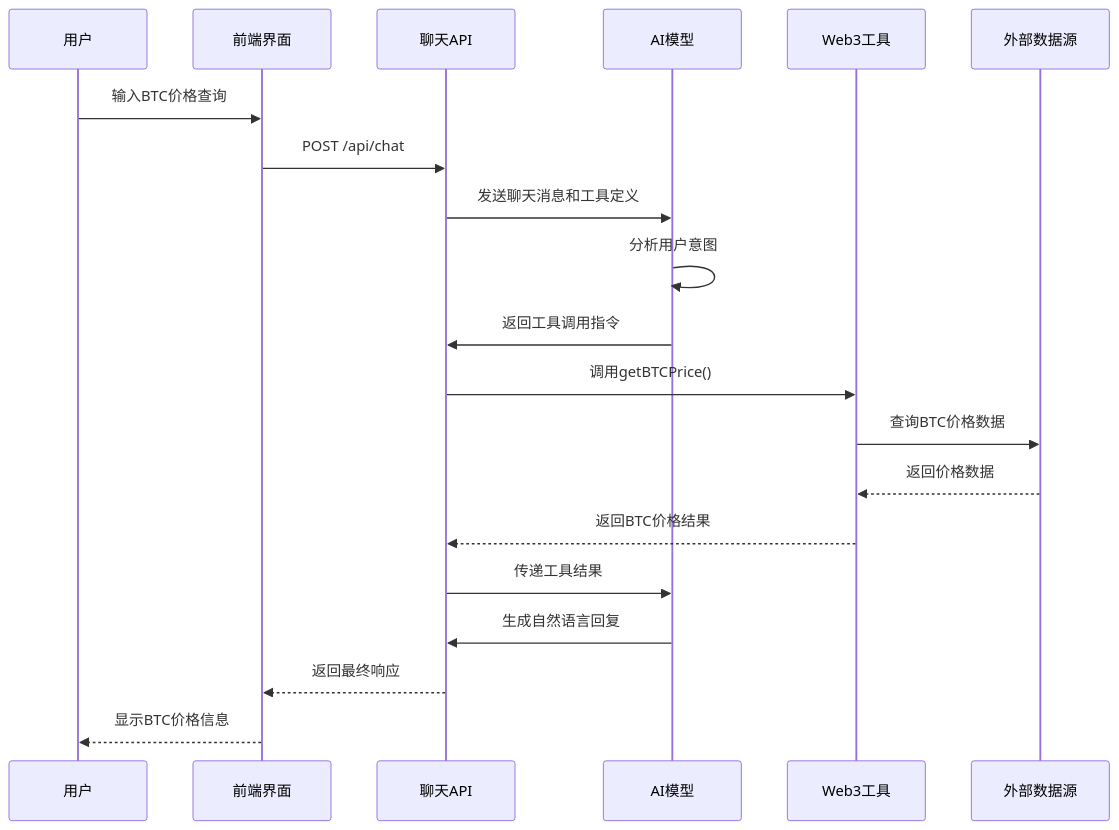
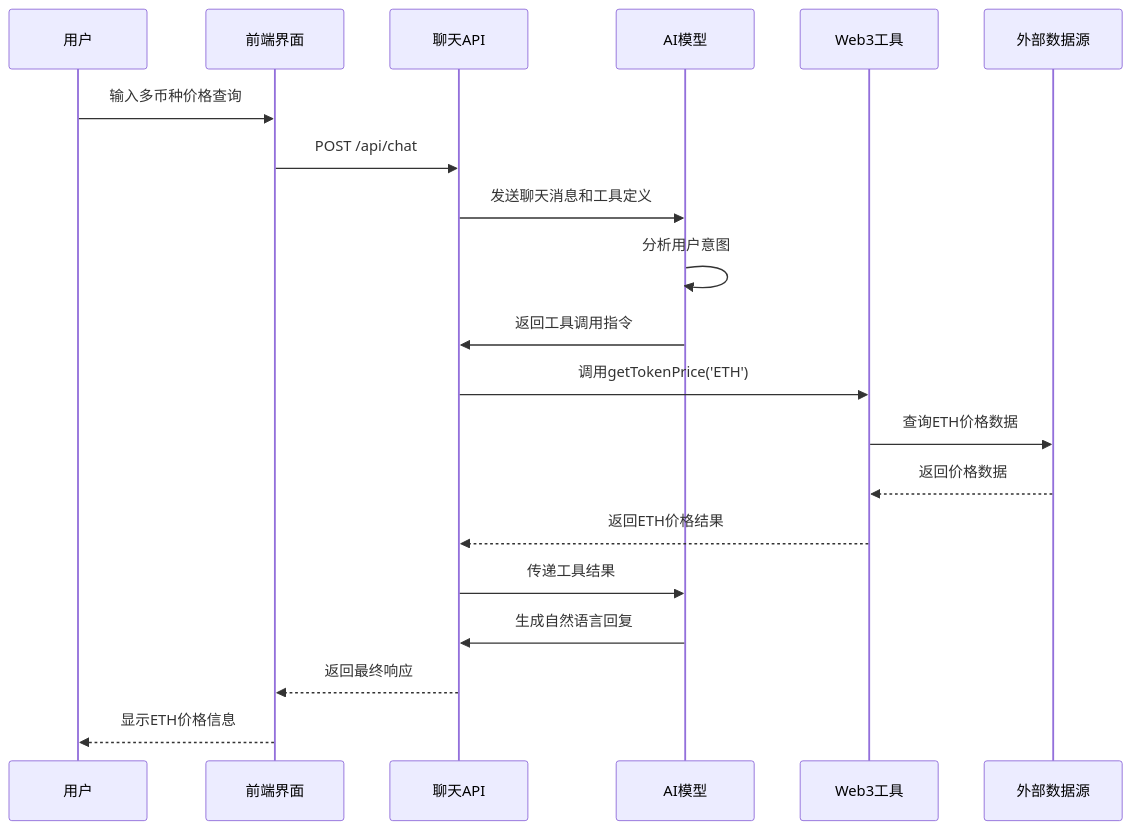
The tenth of 12 diagrams in .qoder/repowiki/zh/content/Web3工具集成/核心Web3工具实现/BTC价格查询工具.md (CryptoLinxu/Web3-AI-Agent), drawn with Mermaid before and after one commit. The commit also changed other lines of this file and 9 other files, not shown here.

````diff
--- a/.qoder/repowiki/zh/content/Web3工具集成/核心Web3工具实现/BTC价格查询工具.md
+++ b/.qoder/repowiki/zh/content/Web3工具集成/核心Web3工具实现/BTC价格查询工具.md
@@ -403,22 +435,22 @@
 ```mermaid
 sequenceDiagram
 participant User as 用户
 participant Frontend as 前端界面
 participant ChatAPI as 聊天API
 participant LLM as AI模型
 participant Tools as Web3工具
 participant External as 外部数据源
-User->>Frontend : 输入BTC价格查询
+User->>Frontend : 输入多币种价格查询
 Frontend->>ChatAPI : POST /api/chat
 ChatAPI->>LLM : 发送聊天消息和工具定义
 LLM->>LLM : 分析用户意图
 LLM->>ChatAPI : 返回工具调用指令
-ChatAPI->>Tools : 调用getBTCPrice()
-Tools->>External : 查询BTC价格数据
+ChatAPI->>Tools : 调用getTokenPrice('ETH')
+Tools->>External : 查询ETH价格数据
 External-->>Tools : 返回价格数据
-Tools-->>ChatAPI : 返回BTC价格结果
+Tools-->>ChatAPI : 返回ETH价格结果
 ChatAPI->>LLM : 传递工具结果
 LLM->>ChatAPI : 生成自然语言回复
 ChatAPI-->>Frontend : 返回最终响应
-Frontend-->>User : 显示BTC价格信息
+Frontend-->>User : 显示ETH价格信息
 ```
````
